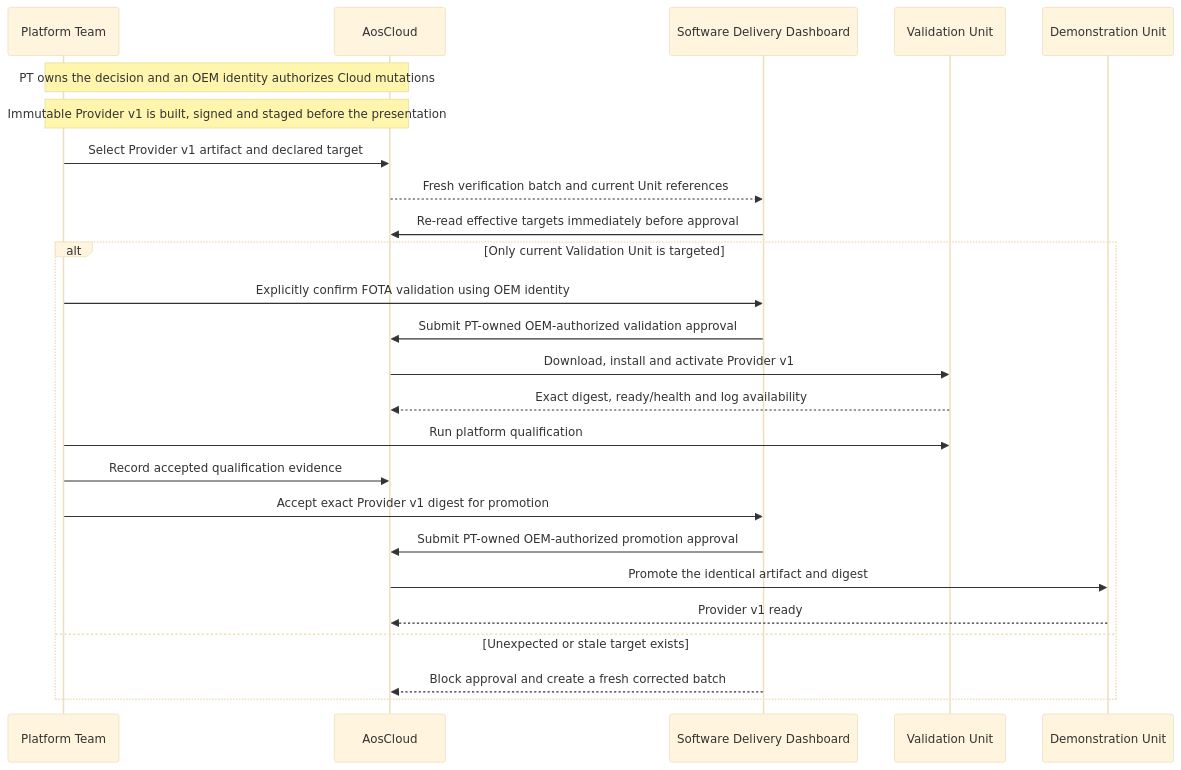
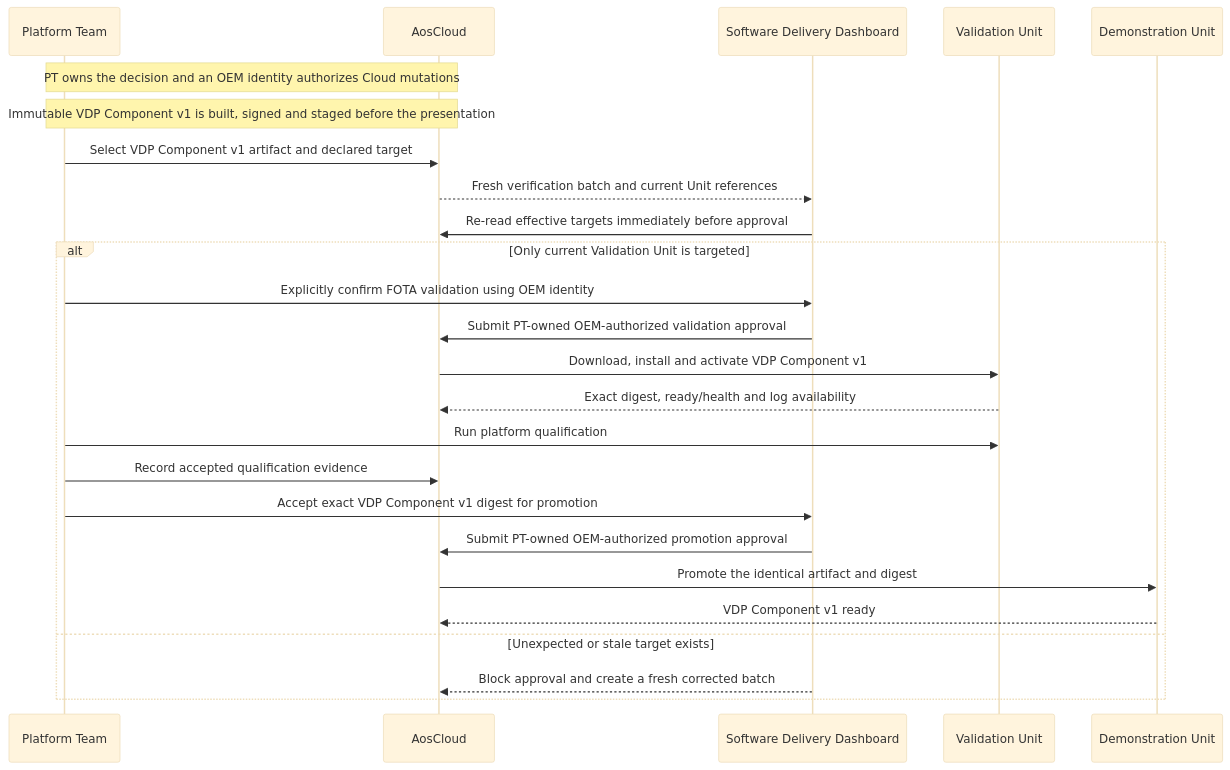
Before and after one commit to alexmaninblack/aosedge-sdv-demo: the sixth of 18 diagrams in docs/architecture/demo-scenario-architecture-flows.md, drawn with Mermaid (base theme). The commit also changed other lines of this file and 32 other files, not shown here.

````diff
--- a/docs/architecture/demo-scenario-architecture-flows.md
+++ b/docs/architecture/demo-scenario-architecture-flows.md
@@ -362,28 +408,28 @@
 ```mermaid
 sequenceDiagram
     participant PT as Platform Team
     participant AC as AosCloud
     participant SD as Software Delivery Dashboard
     participant VU as Validation Unit
     participant DU as Demonstration Unit
 
     Note over PT,AC: PT owns the decision and an OEM identity authorizes Cloud mutations
-    Note over PT,AC: Immutable Provider v1 is built, signed and staged before the presentation
-    PT->>AC: Select Provider v1 artifact and declared target
+    Note over PT,AC: Immutable VDP Component v1 is built, signed and staged before the presentation
+    PT->>AC: Select VDP Component v1 artifact and declared target
     AC-->>SD: Fresh verification batch and current Unit references
     SD->>AC: Re-read effective targets immediately before approval
     alt Only current Validation Unit is targeted
         PT->>SD: Explicitly confirm FOTA validation using OEM identity
         SD->>AC: Submit PT-owned OEM-authorized validation approval
-        AC->>VU: Download, install and activate Provider v1
+        AC->>VU: Download, install and activate VDP Component v1
         VU-->>AC: Exact digest, ready/health and log availability
         PT->>VU: Run platform qualification
         PT->>AC: Record accepted qualification evidence
-        PT->>SD: Accept exact Provider v1 digest for promotion
+        PT->>SD: Accept exact VDP Component v1 digest for promotion
         SD->>AC: Submit PT-owned OEM-authorized promotion approval
         AC->>DU: Promote the identical artifact and digest
-        DU-->>AC: Provider v1 ready
+        DU-->>AC: VDP Component v1 ready
     else Unexpected or stale target exists
         SD-->>AC: Block approval and create a fresh corrected batch
     end
 ```
````
